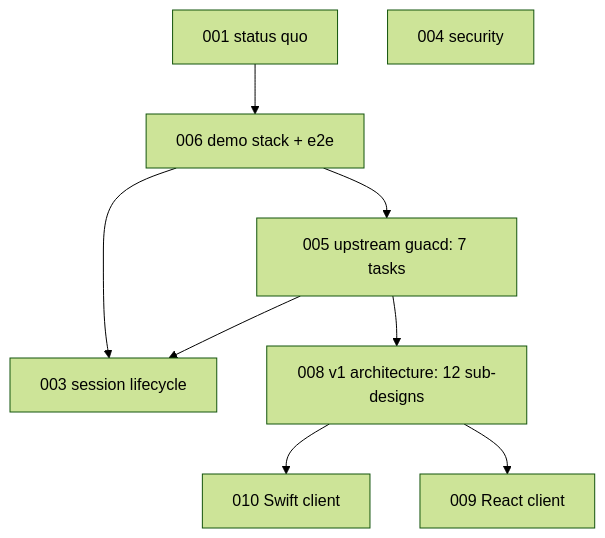
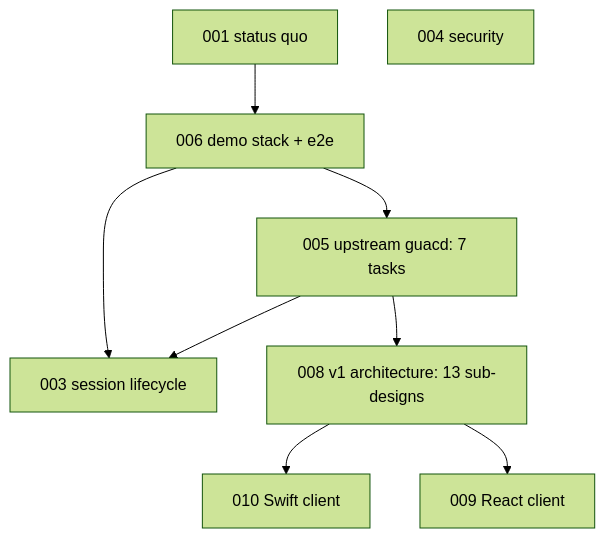
Before and after one commit to changkun/occamy: the diagram in specs/README.md, drawn with Mermaid (forest theme). The commit also changed other lines of this file and 2 other files, not shown here.

Commit message:
specs: add the comparison benchmark's design and analysis plan

````diff
--- a/specs/README.md
+++ b/specs/README.md
@@ -87,11 +87,11 @@
 ```mermaid
 flowchart TD
   s001[001 status quo] --> s006[006 demo stack + e2e]
   s006 --> s005[005 upstream guacd: 7 tasks]
   s006 --> s003[003 session lifecycle]
   s005 --> s003
-  s005 --> s008[008 v1 architecture: 12 sub-designs]
+  s005 --> s008[008 v1 architecture: 13 sub-designs]
   s008 --> s010[010 Swift client]
   s008 --> s009[009 React client]
   s004[004 security]
 ```
````
